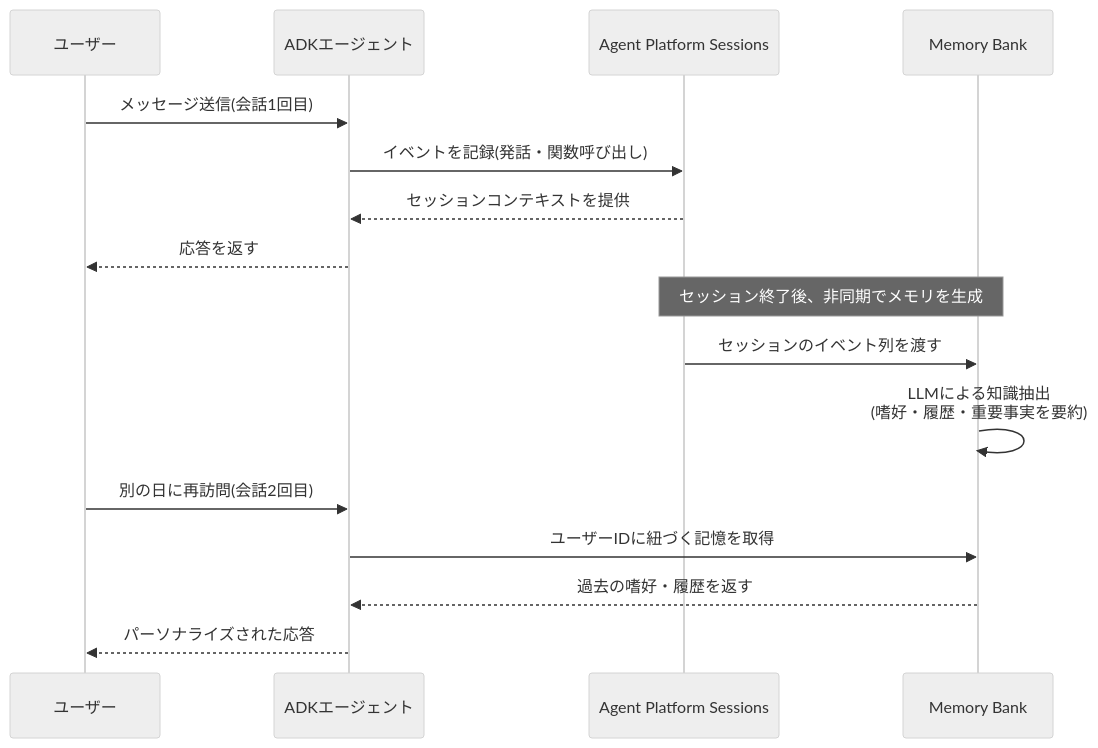
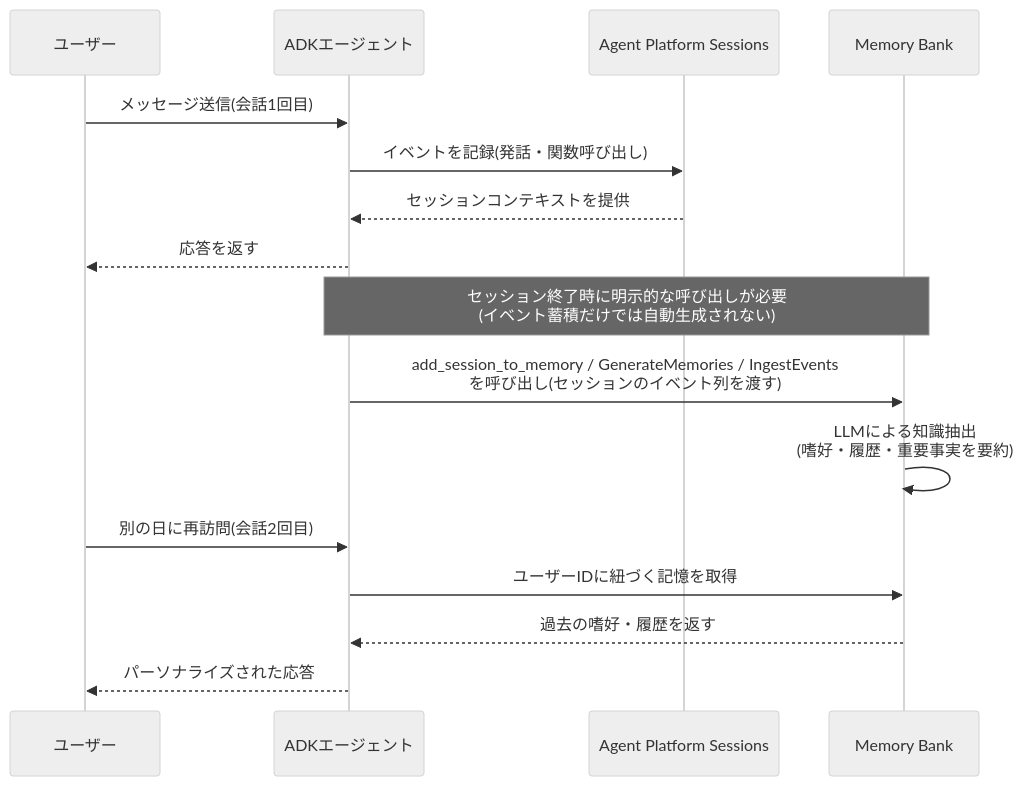
The fourth of 15 diagrams in Professional-agentic-architect-section3.md (myoshi2891/Cloud-Infrastructure-Studies), drawn with Mermaid (neutral theme) before and after one commit. The commit also changed other lines of this file and 2 other files, not shown here.

Commit message:
docs(agentic-architect): update checklist and architecture descriptions

````diff
--- a/Professional-agentic-architect-section3.md
+++ b/Professional-agentic-architect-section3.md
@@ -218,22 +218,22 @@
 ```mermaid
 sequenceDiagram
     participant User as ユーザー
     participant Agent as ADKエージェント
     participant Sessions as Agent Platform Sessions
     participant Memory as Memory Bank
 
     User->>Agent: メッセージ送信(会話1回目)
     Agent->>Sessions: イベントを記録(発話・関数呼び出し)
     Sessions-->>Agent: セッションコンテキストを提供
     Agent-->>User: 応答を返す
 
-    Note over Sessions,Memory: セッション終了後、非同期でメモリを生成
+    Note over Agent,Memory: セッション終了時に明示的な呼び出しが必要<br/>(イベント蓄積だけでは自動生成されない)
 
-    Sessions->>Memory: セッションのイベント列を渡す
+    Agent->>Memory: add_session_to_memory / GenerateMemories / IngestEvents<br/>を呼び出し(セッションのイベント列を渡す)
     Memory->>Memory: LLMによる知識抽出<br/>(嗜好・履歴・重要事実を要約)
 
     User->>Agent: 別の日に再訪問(会話2回目)
     Agent->>Memory: ユーザーIDに紐づく記憶を取得
     Memory-->>Agent: 過去の嗜好・履歴を返す
     Agent-->>User: パーソナライズされた応答
 ```
````
